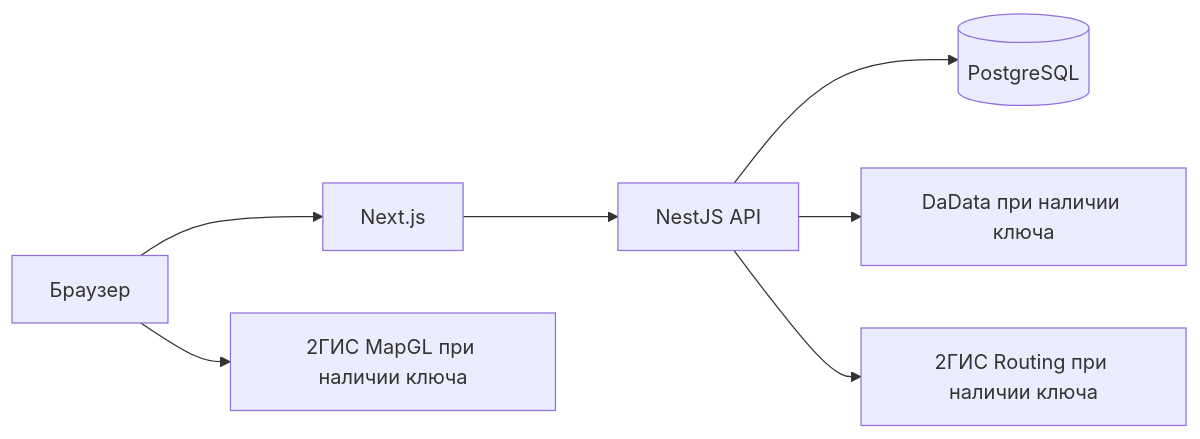
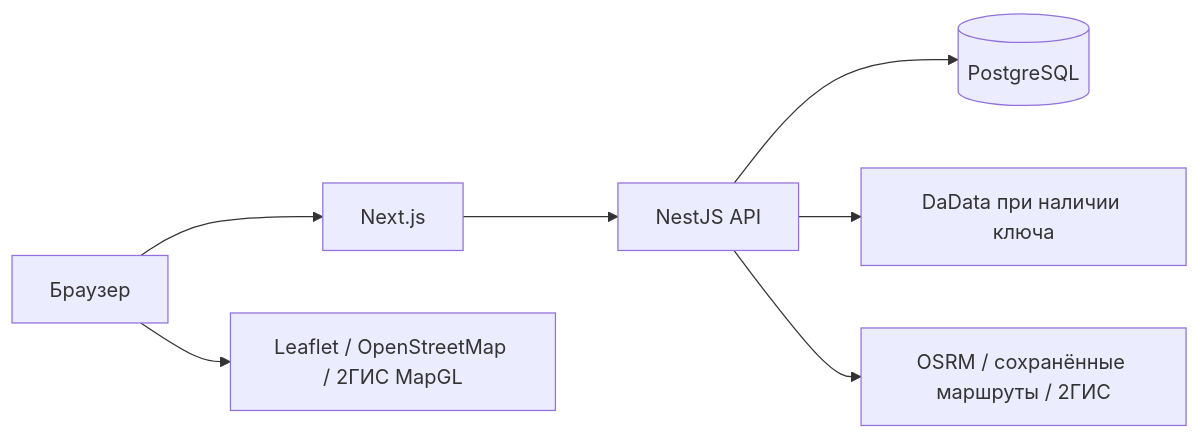
Before and after one commit to SleNdd/construction-supply-marketplace: the diagram in docs/ARCHITECTURE.md, drawn with Mermaid. The commit also changed other lines of this file and 71 other files, not shown here.

````diff
--- a/docs/ARCHITECTURE.md
+++ b/docs/ARCHITECTURE.md
@@ -7,9 +7,9 @@
 ```mermaid
 flowchart LR
     Browser[Браузер] --> Web[Next.js]
     Web --> API[NestJS API]
     API --> DB[(PostgreSQL)]
     API --> DaData[DaData при наличии ключа]
-    API --> Route[2ГИС Routing при наличии ключа]
-    Browser --> Map[2ГИС MapGL при наличии ключа]
+    API --> Route[OSRM / сохранённые маршруты / 2ГИС]
+    Browser --> Map[Leaflet / OpenStreetMap / 2ГИС MapGL]
 ```
````
